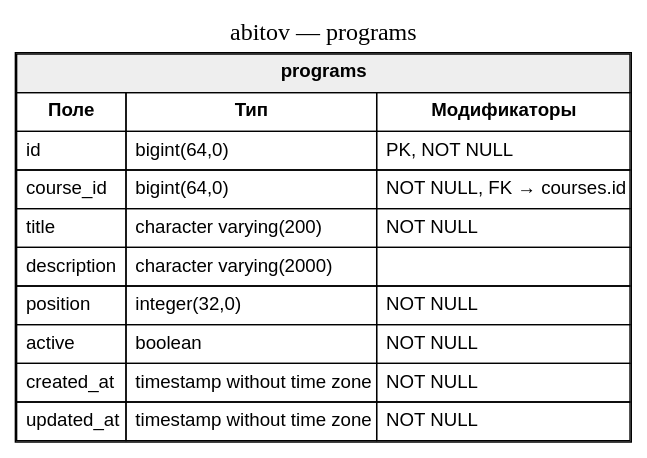
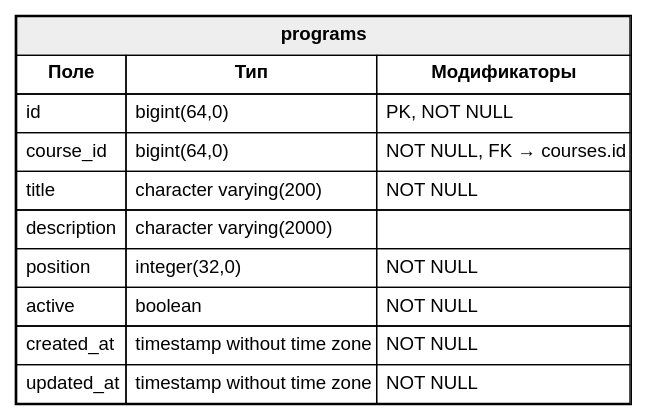
The diagram in database-screenshots/dot/tables/programs.dot (diplomas-2026/abitov), drawn with Graphviz before and after one commit. The commit also changed 23 other files, not shown here.

Commit message:
Add database schema screenshots

```diff
--- a/database-screenshots/dot/tables/programs.dot
+++ b/database-screenshots/dot/tables/programs.dot
@@ -1,7 +1,5 @@
 digraph single_table {
   graph [rankdir=TB, fontsize=18];
   node [shape=plain, fontname="Arial"];
-  label="abitov — programs";
-  labelloc=t;
   "programs" [label=<<TABLE BORDER="1" CELLBORDER="1" CELLSPACING="0" CELLPADDING="6"><TR><TD BGCOLOR="#eeeeee" COLSPAN="3"><B>programs</B></TD></TR><TR><TD><B>Поле</B></TD><TD><B>Тип</B></TD><TD><B>Модификаторы</B></TD></TR><TR><TD ALIGN="LEFT">id</TD><TD ALIGN="LEFT">bigint(64,0)</TD><TD ALIGN="LEFT">PK, NOT NULL</TD></TR><TR><TD ALIGN="LEFT">course_id</TD><TD ALIGN="LEFT">bigint(64,0)</TD><TD ALIGN="LEFT">NOT NULL, FK → courses.id</TD></TR><TR><TD ALIGN="LEFT">title</TD><TD ALIGN="LEFT">character varying(200)</TD><TD ALIGN="LEFT">NOT NULL</TD></TR><TR><TD ALIGN="LEFT">description</TD><TD ALIGN="LEFT">character varying(2000)</TD><TD ALIGN="LEFT"></TD></TR><TR><TD ALIGN="LEFT">position</TD><TD ALIGN="LEFT">integer(32,0)</TD><TD ALIGN="LEFT">NOT NULL</TD></TR><TR><TD ALIGN="LEFT">active</TD><TD ALIGN="LEFT">boolean</TD><TD ALIGN="LEFT">NOT NULL</TD></TR><TR><TD ALIGN="LEFT">created_at</TD><TD ALIGN="LEFT">timestamp without time zone</TD><TD ALIGN="LEFT">NOT NULL</TD></TR><TR><TD ALIGN="LEFT">updated_at</TD><TD ALIGN="LEFT">timestamp without time zone</TD><TD ALIGN="LEFT">NOT NULL</TD></TR></TABLE>>];
 }
```
